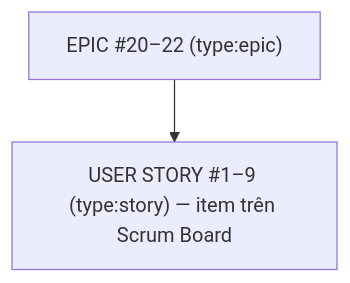
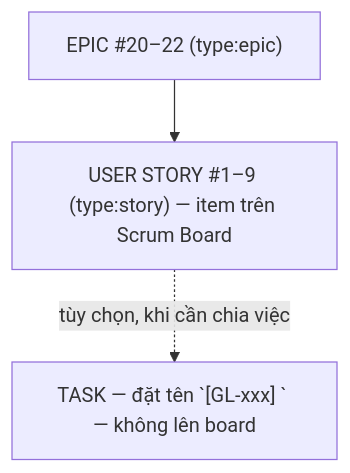
The diagram in doc/sprints/ROADMAP.md (BTL-IT3180/gearloop), drawn with Mermaid before and after one commit. The commit also changed other lines of this file, not shown here.

Commit message:
docs: convention task sub-issue [GL-xxx] <AC> + rename 12 issue theo ngữ حوزه workshop1/day02

````diff
--- a/doc/sprints/ROADMAP.md
+++ b/doc/sprints/ROADMAP.md
@@ -74,4 +74,5 @@
 ```mermaid
 graph TD
   E["EPIC #20–22 (type:epic)"] --> S1["USER STORY #1–9 (type:story) — item trên Scrum Board"]
+  S1 -. "tùy chọn, khi cần chia việc" .-> T["TASK — đặt tên `[GL-xxx] <mô tả AC>` — không lên board"]
 ```
````
